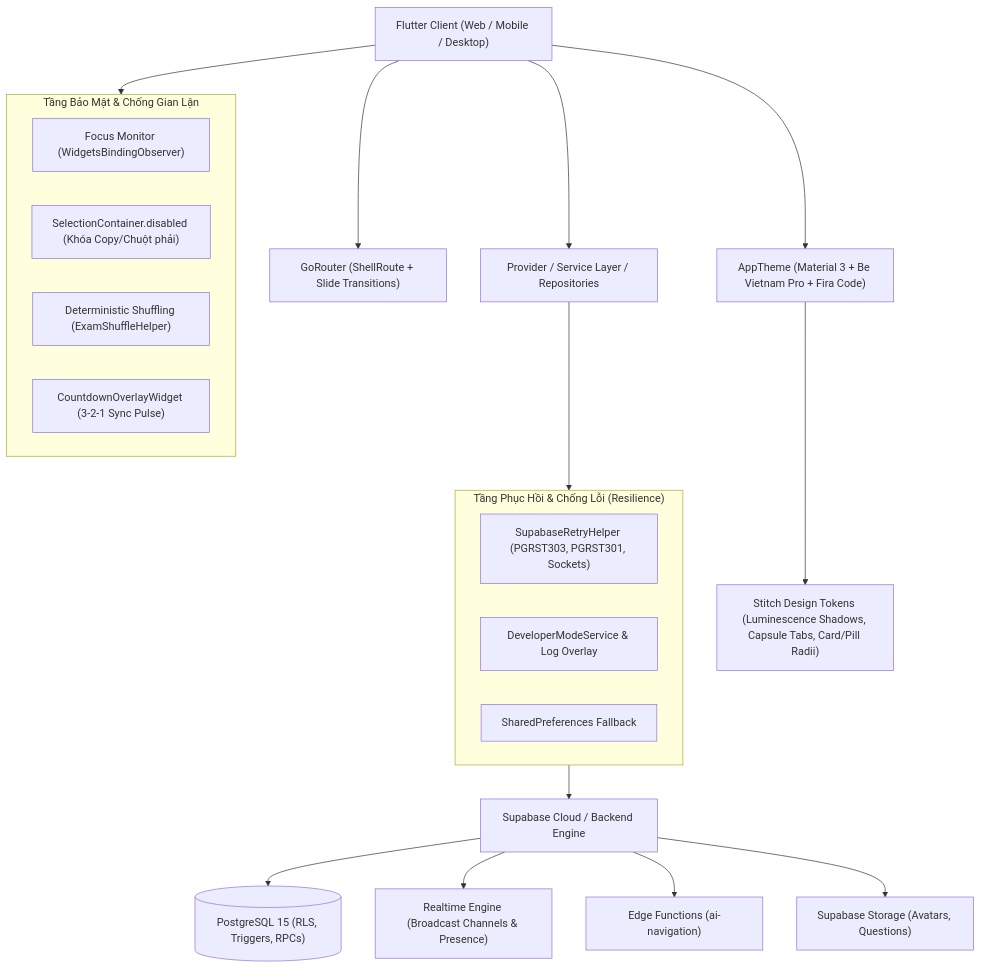
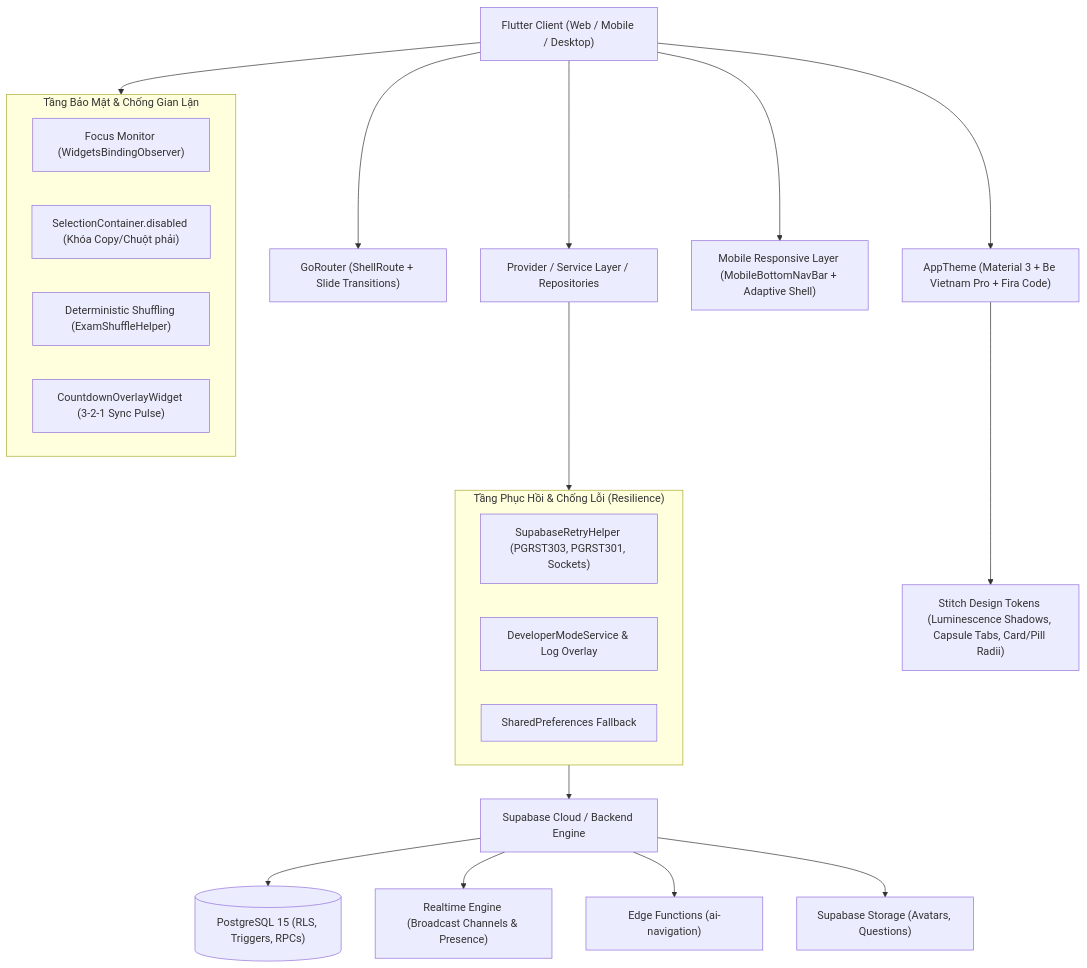
One commit to ptcutis1tg/thi_nhanh changed the diagram in docs/system_architecture_and_deep_evaluation.md. Above: the diagram before and after it, drawn with Mermaid. The commit also changed other lines of this file and 6 other files, not shown here.

````diff
--- a/docs/system_architecture_and_deep_evaluation.md
+++ b/docs/system_architecture_and_deep_evaluation.md
@@ -12,39 +12,41 @@
 ```mermaid
 graph TD
     Client["Flutter Client (Web / Mobile / Desktop)"]
     Router["GoRouter (ShellRoute + Slide Transitions)"]
     Theme["AppTheme (Material 3 + Be Vietnam Pro + Fira Code)"]
     Tokens["Stitch Design Tokens (Luminescence Shadows, Capsule Tabs, Card/Pill Radii)"]
+    MobileShell["Mobile Responsive Layer (MobileBottomNavBar + Adaptive Shell)"]
     State["Provider / Service Layer / Repositories"]
     
     subgraph SecurityAndAntiCheat ["Tầng Bảo Mật & Chống Gian Lận"]
         AntiCheat["Focus Monitor (WidgetsBindingObserver)"]
         CopyLock["SelectionContainer.disabled (Khóa Copy/Chuột phải)"]
         ShuffleEngine["Deterministic Shuffling (ExamShuffleHelper)"]
         SyncCountdown["CountdownOverlayWidget (3-2-1 Sync Pulse)"]
     end
 
     subgraph ResilienceLayer ["Tầng Phục Hồi & Chống Lỗi (Resilience)"]
         Resilience["SupabaseRetryHelper (PGRST303, PGRST301, Sockets)"]
         DevMode["DeveloperModeService & Log Overlay"]
         LocalCache["SharedPreferences Fallback"]
     end
 
     Supabase["Supabase Cloud / Backend Engine"]
     DB[("PostgreSQL 15 (RLS, Triggers, RPCs)")]
     Edge["Edge Functions (ai-navigation)"]
     Realtime["Realtime Engine (Broadcast Channels & Presence)"]
     Storage["Supabase Storage (Avatars, Questions)"]
 
     Client --> Router
+    Client --> MobileShell
     Client --> Theme
     Theme --> Tokens
     Client --> State
     Client --> SecurityAndAntiCheat
     State --> ResilienceLayer
     ResilienceLayer --> Supabase
     Supabase --> DB
     Supabase --> Realtime
     Supabase --> Edge
     Supabase --> Storage
 ```
````
